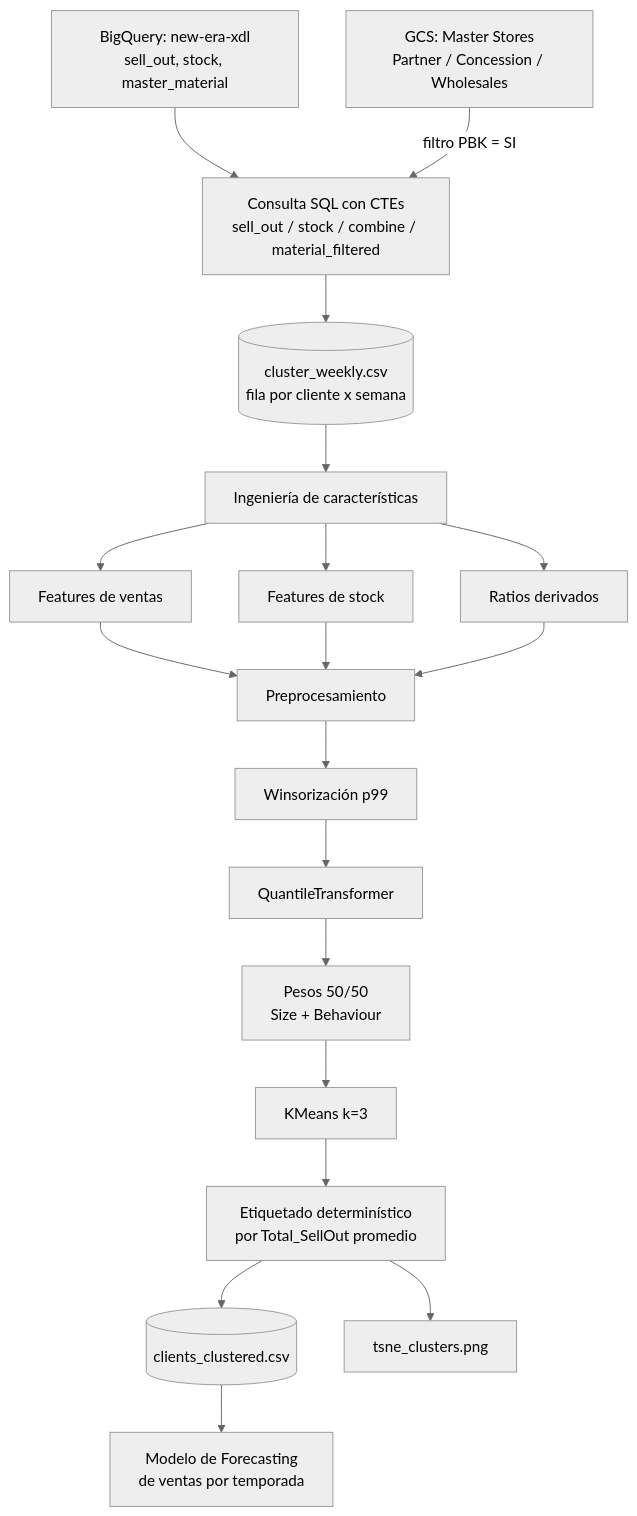
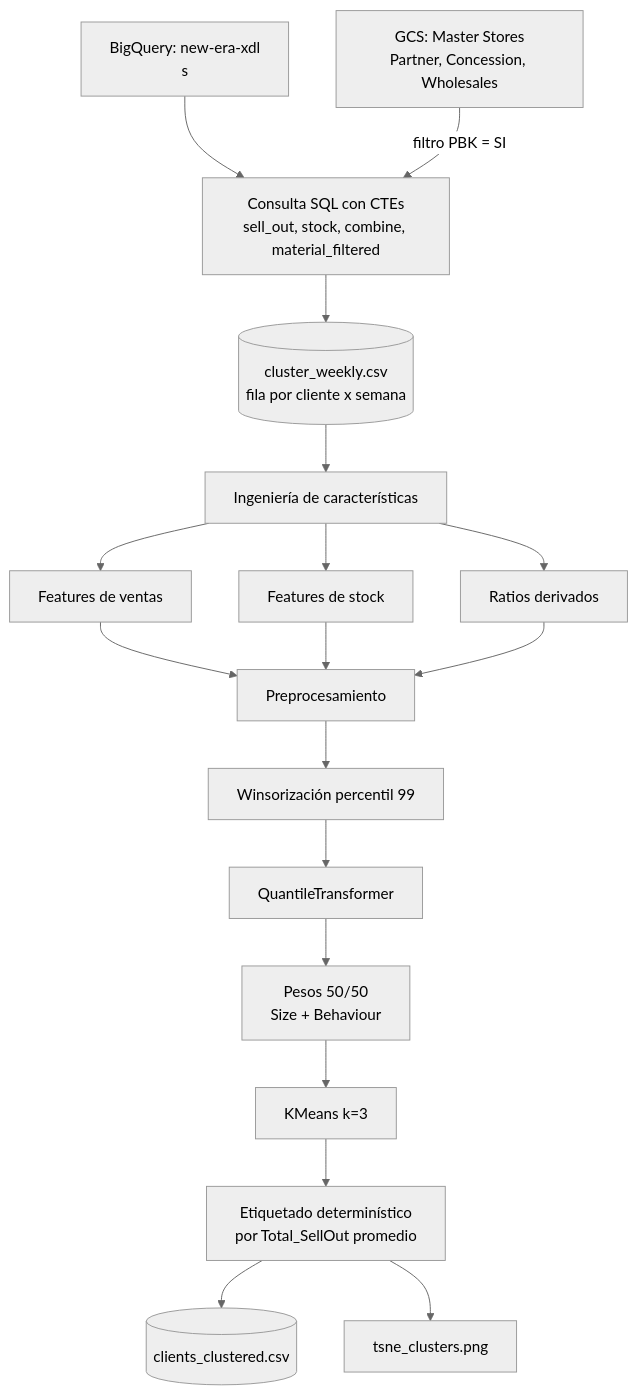
The diagram in README.md (CarolinaNPA/kdrama-recommender), drawn with Mermaid (neutral theme) before and after one commit.

````diff
--- a/README.md
+++ b/README.md
@@ -21,21 +21,20 @@
 ```mermaid
 flowchart TD
-    A[BigQuery: new-era-xdl<br/>sell_out, stock, master_material] --> B[Consulta SQL con CTEs<br/>sell_out / stock / combine / material_filtered]
-    C[GCS: Master Stores<br/>Partner / Concession / Wholesales] -->|filtro PBK = SI| B
+    A[BigQuery: new-era-xdl<br/>s<datos semanales de sell_out, stock, master_material] --> B[Consulta SQL con CTEs<br/>sell_out, stock, combine, material_filtered]
+    C[GCS: Master Stores<br/>Partner, Concession, Wholesales] -->|filtro PBK = SI| B
     B --> D[(cluster_weekly.csv<br/>fila por cliente x semana)]
     D --> E[Ingeniería de características]
     E --> E1[Features de ventas]
     E --> E2[Features de stock]
     E --> E3[Ratios derivados]
     E1 --> F[Preprocesamiento]
     E2 --> F
     E3 --> F
-    F --> F1[Winsorización p99]
+    F --> F1[Winsorización percentil 99]
     F1 --> F2[QuantileTransformer]
     F2 --> F3[Pesos 50/50<br/>Size + Behaviour]
     F3 --> G[KMeans k=3]
     G --> H[Etiquetado determinístico<br/>por Total_SellOut promedio]
     H --> I1[(clients_clustered.csv)]
     H --> I2[tsne_clusters.png]
-    I1 --> J[Modelo de Forecasting<br/>de ventas por temporada]
 ```
````
